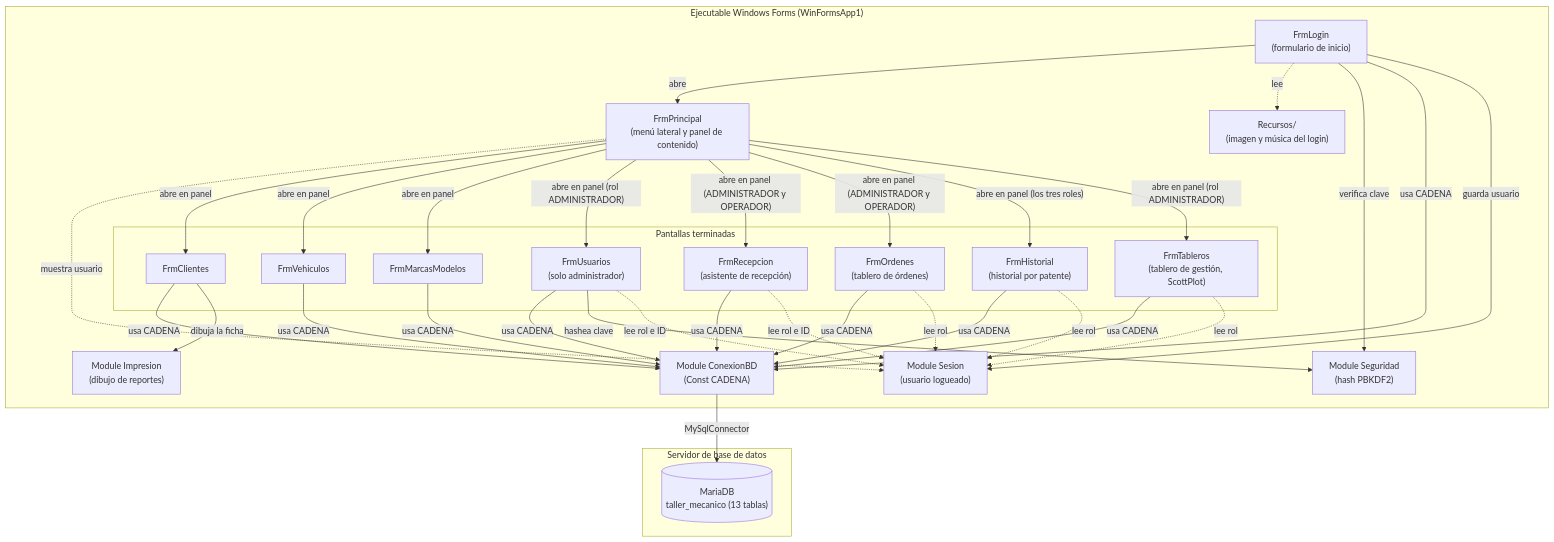
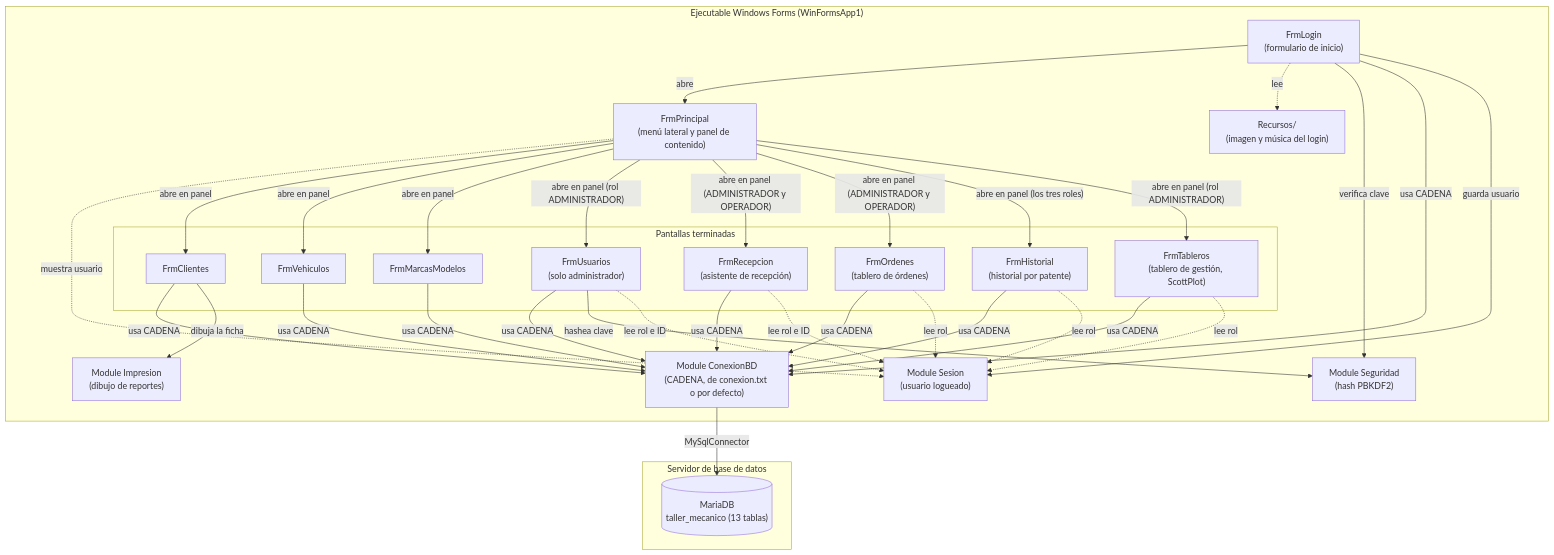
One commit to MedinaLucas1996/taller-mecanico changed the diagram in README.md. Above: the diagram before and after it, drawn with Mermaid. The commit also changed other lines of this file and 8 other files, not shown here.

First line of the commit message:
feat(app): log unhandled errors and read the connection string from conexion.txt

````diff
--- a/README.md
+++ b/README.md
@@ -186,57 +186,57 @@
 ```mermaid
 graph TD
     subgraph Cliente["Ejecutable Windows Forms (WinFormsApp1)"]
         Login["FrmLogin<br/>(formulario de inicio)"]
         Principal["FrmPrincipal<br/>(menú lateral y panel de contenido)"]
         subgraph Pantallas["Pantallas terminadas"]
             Clientes["FrmClientes"]
             Vehiculos["FrmVehiculos"]
             Marcas["FrmMarcasModelos"]
             Usuarios["FrmUsuarios<br/>(solo administrador)"]
             Recepcion["FrmRecepcion<br/>(asistente de recepción)"]
             Ordenes["FrmOrdenes<br/>(tablero de órdenes)"]
             Historial["FrmHistorial<br/>(historial por patente)"]
             Tableros["FrmTableros<br/>(tablero de gestión, ScottPlot)"]
         end
-        Conexion["Module ConexionBD<br/>(Const CADENA)"]
+        Conexion["Module ConexionBD<br/>(CADENA, de conexion.txt o por defecto)"]
         Seguridad["Module Seguridad<br/>(hash PBKDF2)"]
         Sesion["Module Sesion<br/>(usuario logueado)"]
         Impresion["Module Impresion<br/>(dibujo de reportes)"]
         Recursos["Recursos/<br/>(imagen y música del login)"]
     end
 
     subgraph Datos["Servidor de base de datos"]
         DB[("MariaDB<br/>taller_mecanico (13 tablas)")]
     end
 
     Login -->|"abre"| Principal
     Login -.->|"lee"| Recursos
     Login -->|"verifica clave"| Seguridad
     Login -->|"usa CADENA"| Conexion
     Login -->|"guarda usuario"| Sesion
     Principal -.->|"muestra usuario"| Sesion
     Principal -->|"abre en panel"| Clientes
     Principal -->|"abre en panel"| Vehiculos
     Principal -->|"abre en panel"| Marcas
     Principal -->|"abre en panel (rol ADMINISTRADOR)"| Usuarios
     Principal -->|"abre en panel (ADMINISTRADOR y OPERADOR)"| Recepcion
     Principal -->|"abre en panel (ADMINISTRADOR y OPERADOR)"| Ordenes
     Recepcion -->|"usa CADENA"| Conexion
     Recepcion -.->|"lee rol e ID"| Sesion
     Ordenes -->|"usa CADENA"| Conexion
     Ordenes -.->|"lee rol"| Sesion
     Principal -->|"abre en panel (los tres roles)"| Historial
     Historial -->|"usa CADENA"| Conexion
     Historial -.->|"lee rol"| Sesion
     Principal -->|"abre en panel (rol ADMINISTRADOR)"| Tableros
     Tableros -->|"usa CADENA"| Conexion
     Tableros -.->|"lee rol"| Sesion
     Clientes -->|"usa CADENA"| Conexion
     Clientes -->|"dibuja la ficha"| Impresion
     Vehiculos -->|"usa CADENA"| Conexion
     Marcas -->|"usa CADENA"| Conexion
     Usuarios -->|"usa CADENA"| Conexion
     Usuarios -->|"hashea clave"| Seguridad
     Usuarios -.->|"lee rol e ID"| Sesion
     Conexion -->|"MySqlConnector"| DB
 ```
````
